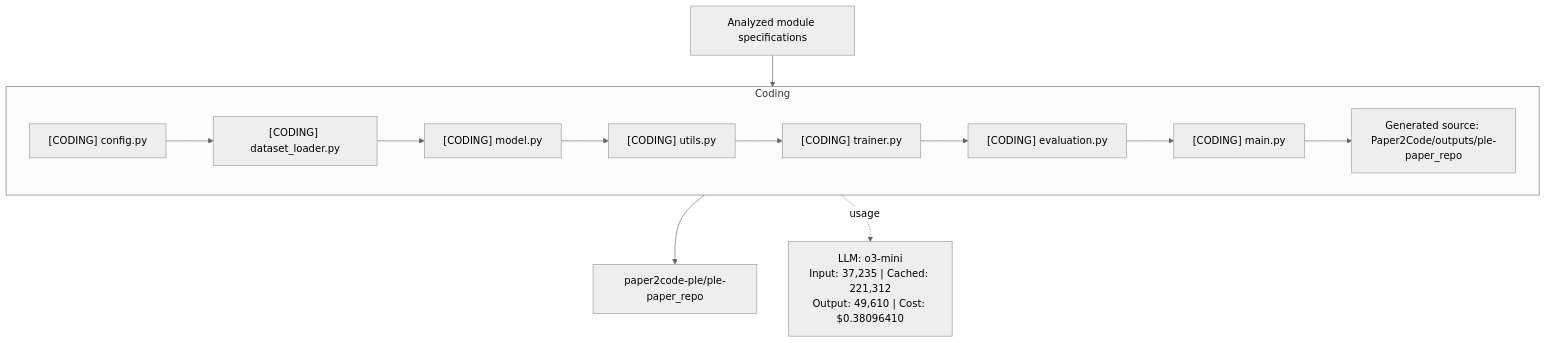
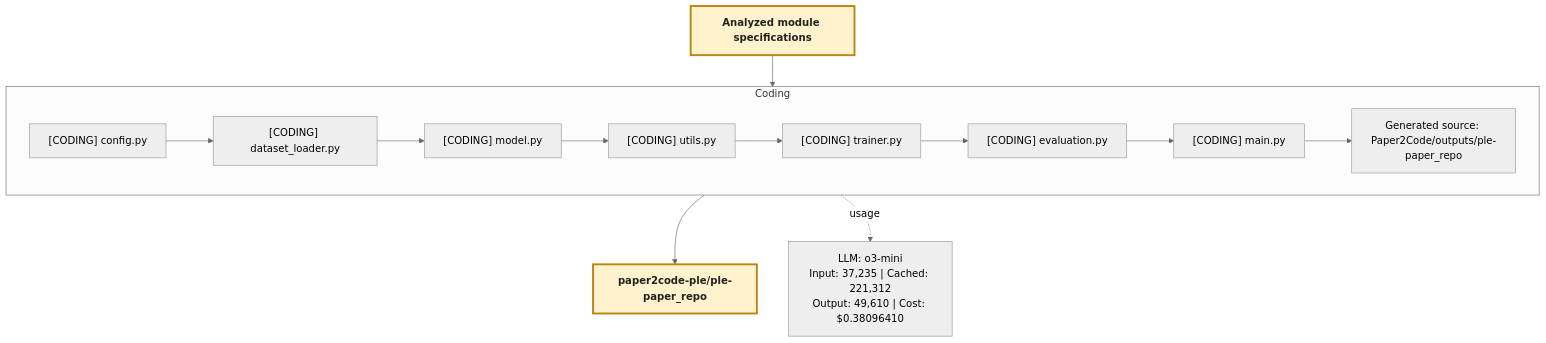
One commit to jimthompson5802/paper2code-ple changed the fourth of 6 diagrams in README.md. Above: the diagram before and after it, drawn with Mermaid (neutral theme). The commit also changed other lines of this file, not shown here.

Commit message:
Enhance flowchart styling in README.md for improved visual clarity and consistency

````diff
--- a/README.md
+++ b/README.md
@@ -118,16 +124,18 @@
 ```mermaid
 flowchart TB
   input[Analyzed module specifications]
   subgraph coding["Coding"]
     cfg["[CODING] config.py"] --> loader["[CODING] dataset_loader.py"] --> model["[CODING] model.py"] --> utils["[CODING] utils.py"]
     direction LR
     trainer["[CODING] trainer.py"] --> evaluation["[CODING] evaluation.py"] --> main["[CODING] main.py"] --> generated[Generated source: Paper2Code/outputs/ple-paper_repo]
     utils --> trainer
   end
   implementation[paper2code-ple/ple-paper_repo]
 
   input --> cfg
   generated --> implementation
+  classDef transition fill:#fff2cc,stroke:#b8860b,stroke-width:3px,color:#222,font-weight:bold
+  class input,implementation transition
   coding_usage["LLM: o3-mini<br/>Input: 37,235 | Cached: 221,312<br/>Output: 49,610 | Cost: $0.38096410"]
   coding -. usage .-> coding_usage
 ```
````
